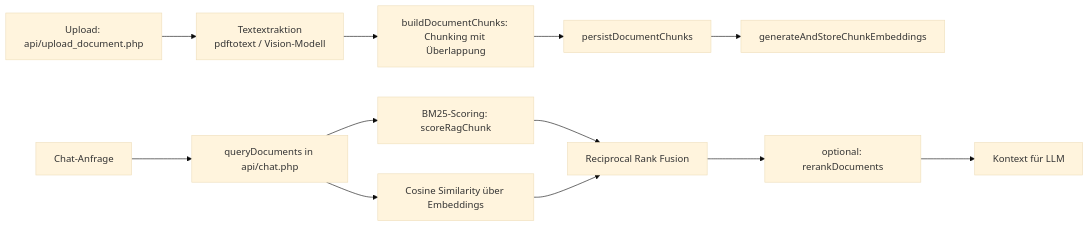
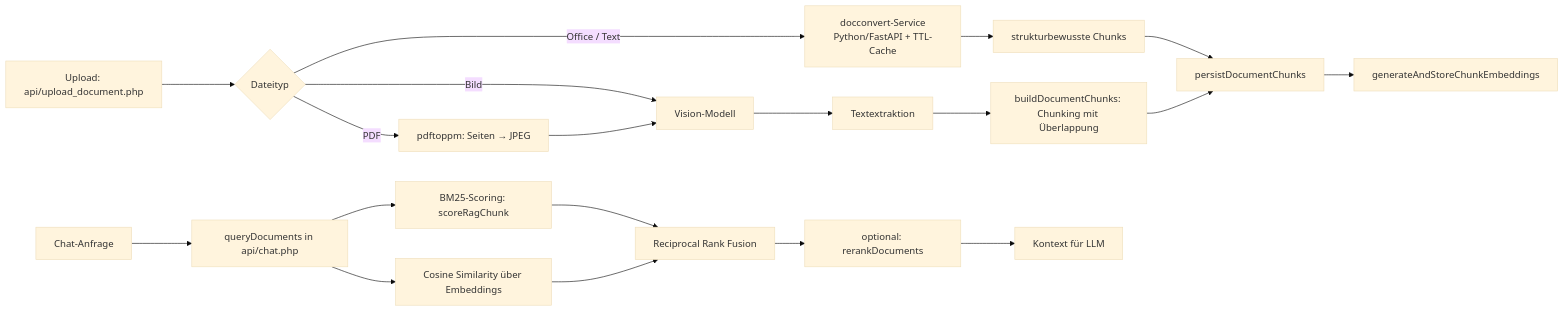
One commit to dareinelt/LLMInt changed the fourth of 4 diagrams in docs/architecture.md. Above: the diagram before and after it, drawn with Mermaid (base theme). The commit also changed other lines of this file and 25 other files, not shown here.

First line of the commit message:
Add Office/text document upload with chat-scoped RAG and PDF vision analysis

````diff
--- a/docs/architecture.md
+++ b/docs/architecture.md
@@ -296,14 +296,21 @@
 ```mermaid
 flowchart LR
-    U[Upload: api/upload_document.php] --> X[Textextraktion\npdftotext / Vision-Modell]
-    X --> C[buildDocumentChunks: Chunking mit Überlappung]
+    U[Upload: api/upload_document.php] --> K{Dateityp}
+    K -->|Office / Text| DC[docconvert-Service\nPython/FastAPI + TTL-Cache]
+    K -->|PDF| PR[pdftoppm: Seiten → JPEG]
+    K -->|Bild| V[Vision-Modell]
+    PR --> V
+    DC --> C[strukturbewusste Chunks]
+    V --> X[Textextraktion]
+    X --> C2[buildDocumentChunks: Chunking mit Überlappung]
     C --> P[persistDocumentChunks]
+    C2 --> P
     P --> E[generateAndStoreChunkEmbeddings]
     Q[Chat-Anfrage] --> QD[queryDocuments in api/chat.php]
     QD --> BM[BM25-Scoring: scoreRagChunk]
     QD --> EMB[Cosine Similarity über Embeddings]
     BM --> RRF[Reciprocal Rank Fusion]
     EMB --> RRF
     RRF --> RR[optional: rerankDocuments]
     RR --> R[Kontext für LLM]
 ```
````
